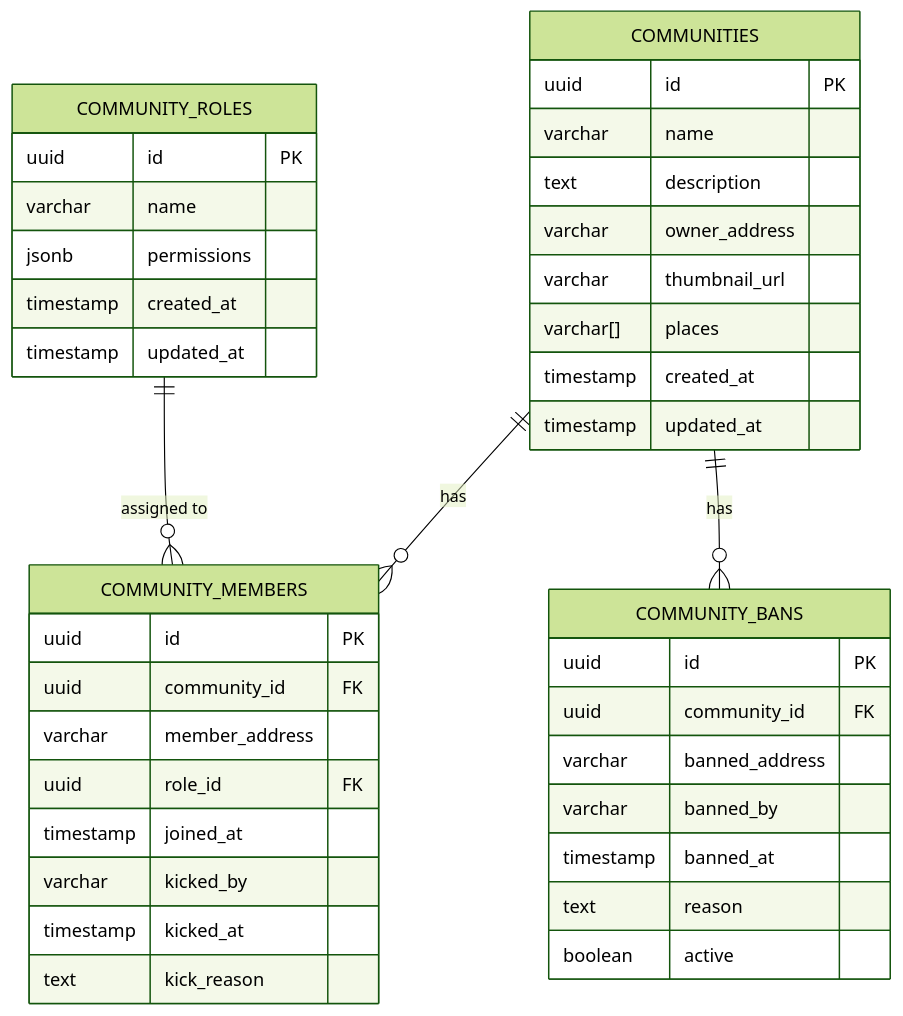
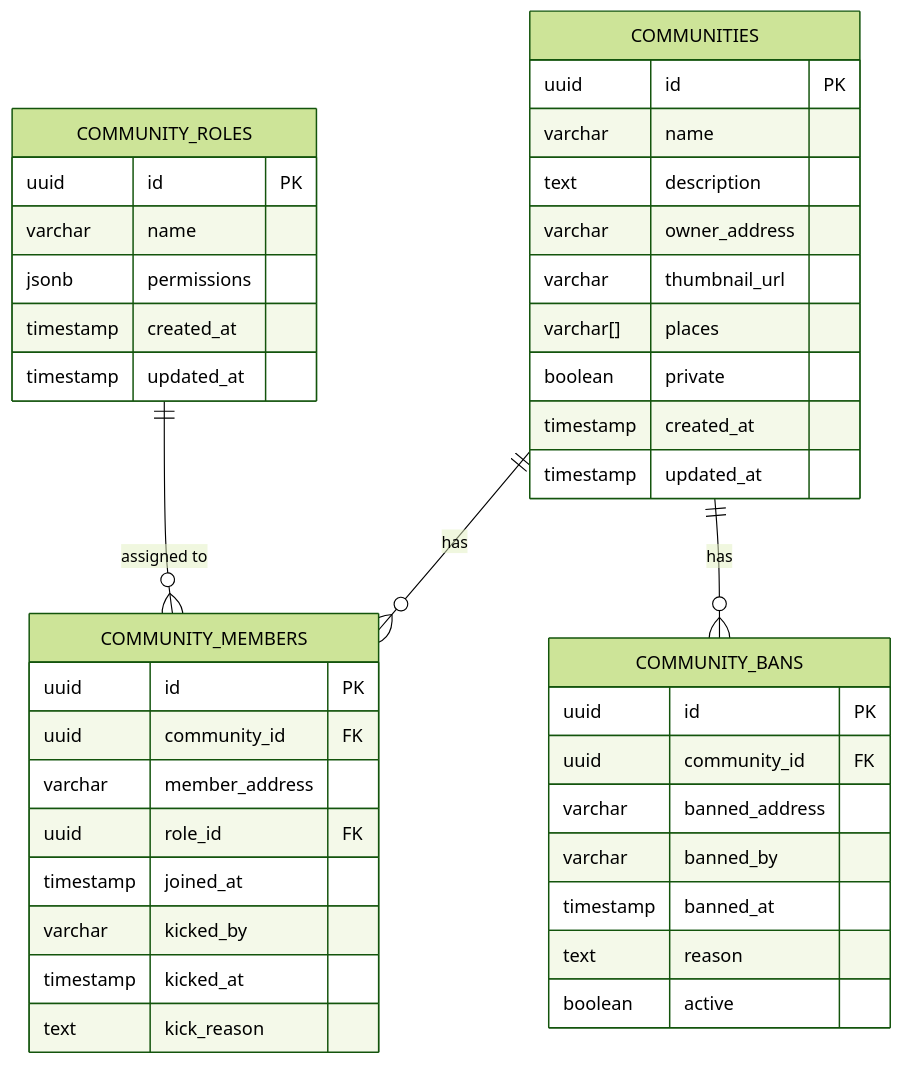
The second of 4 diagrams in README.md (decentraland/social-service-ea), drawn with Mermaid (forest theme) before and after one commit. The commit also changed 1 other file, not shown here.

Commit message:
feat: Communities can be private

````diff
--- a/README.md
+++ b/README.md
@@ -93,43 +93,44 @@
 ```mermaid
 erDiagram
   COMMUNITIES {
     uuid id PK
     varchar name
     text description
     varchar owner_address
     varchar thumbnail_url
     varchar[] places
+    boolean private
     timestamp created_at
     timestamp updated_at
   }
   COMMUNITY_ROLES {
     uuid id PK
     varchar name
     jsonb permissions
     timestamp created_at
     timestamp updated_at
   }
   COMMUNITY_MEMBERS {
     uuid id PK
     uuid community_id FK
     varchar member_address
     uuid role_id FK
     timestamp joined_at
     varchar kicked_by
     timestamp kicked_at
     text kick_reason
   }
   COMMUNITY_BANS {
     uuid id PK
     uuid community_id FK
     varchar banned_address
     varchar banned_by
     timestamp banned_at
     text reason
     boolean active
   }
 
   COMMUNITIES ||--o{ COMMUNITY_MEMBERS : "has"
   COMMUNITIES ||--o{ COMMUNITY_BANS : "has"
   COMMUNITY_ROLES ||--o{ COMMUNITY_MEMBERS : "assigned to"
 ```
````
